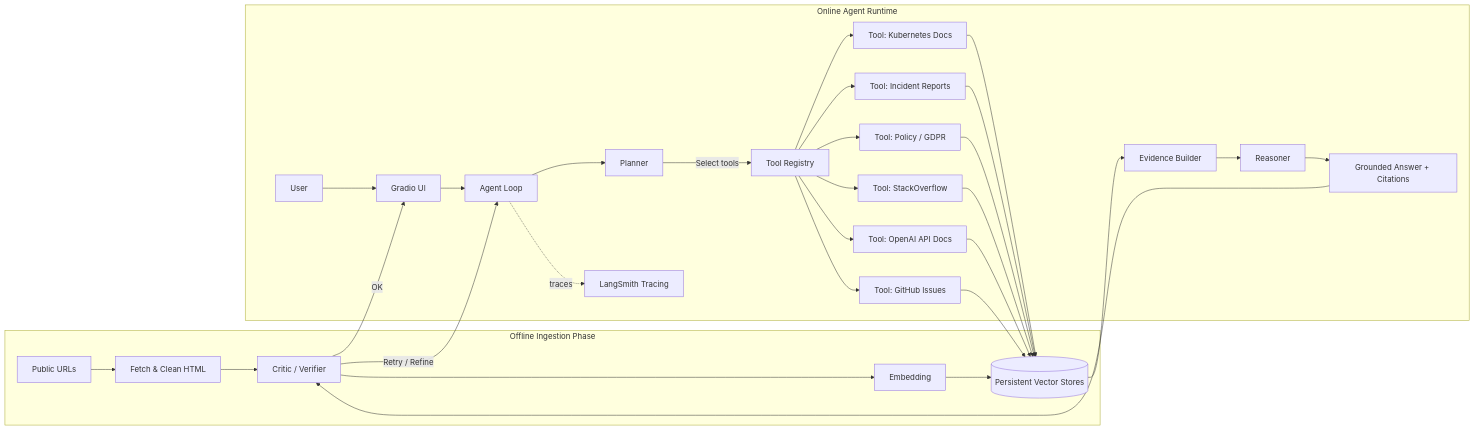
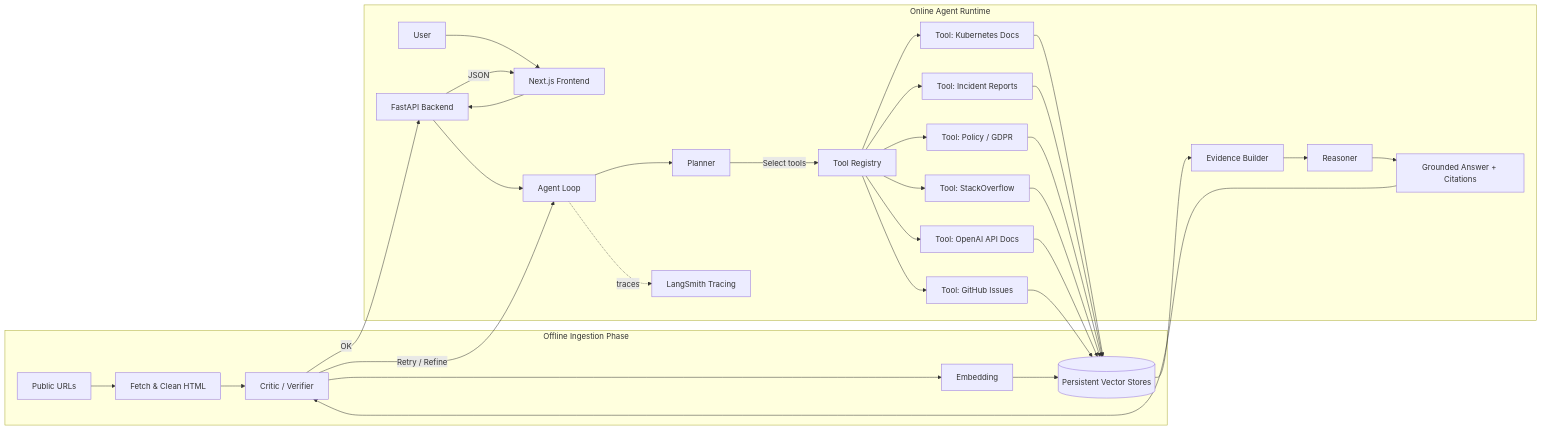
The second of 2 diagrams in README.md (SujitSenapati/Agentic-RAG-Knowledge-Analyst), drawn with Mermaid before and after one commit. The commit also changed other lines of this file and 21 other files, not shown here.

````diff
--- a/README.md
+++ b/README.md
@@ -112,49 +114,52 @@
 ```mermaid
 flowchart LR
 
   %% ------------------------
   %% Offline Ingestion Phase
   %% ------------------------
   subgraph Offline["Offline Ingestion Phase"]
       U1[Public URLs] --> F[Fetch & Clean HTML]
       F --> C[Chunking]
       C --> E[Embedding]
       E --> VS[(Persistent Vector Stores)]
   end
 
   %% ------------------------
   %% Online Runtime Phase
   %% ------------------------
   subgraph Online["Online Agent Runtime"]
 
-      User[User] --> UI[Gradio UI]
-      UI --> A[Agent Loop]
+      User[User] --> UI[Next.js Frontend]
+      UI --> API[FastAPI Backend]
+      API --> A[Agent Loop]
 
       A --> P[Planner]
       P -->|Select tools| TR[Tool Registry]
 
       TR --> T1[Tool: Kubernetes Docs]
       TR --> T2[Tool: Incident Reports]
       TR --> T3[Tool: Policy / GDPR]
       TR --> T4[Tool: StackOverflow]
       TR --> T5[Tool: OpenAI API Docs]
       TR --> T6[Tool: GitHub Issues]
 
       T1 --> VS
       T2 --> VS
       T3 --> VS
       T4 --> VS
       T5 --> VS
       T6 --> VS
 
       VS --> EV[Evidence Builder]
       EV --> RS[Reasoner]
       RS --> ANS[Grounded Answer + Citations]
 
       ANS --> C[Critic / Verifier]
-      C -->|OK| UI
+      C -->|OK| API
       C -->|Retry / Refine| A
+      
+      API -->|JSON| UI
 
       A -. traces .-> LS[LangSmith Tracing]
   end
 ```
````
